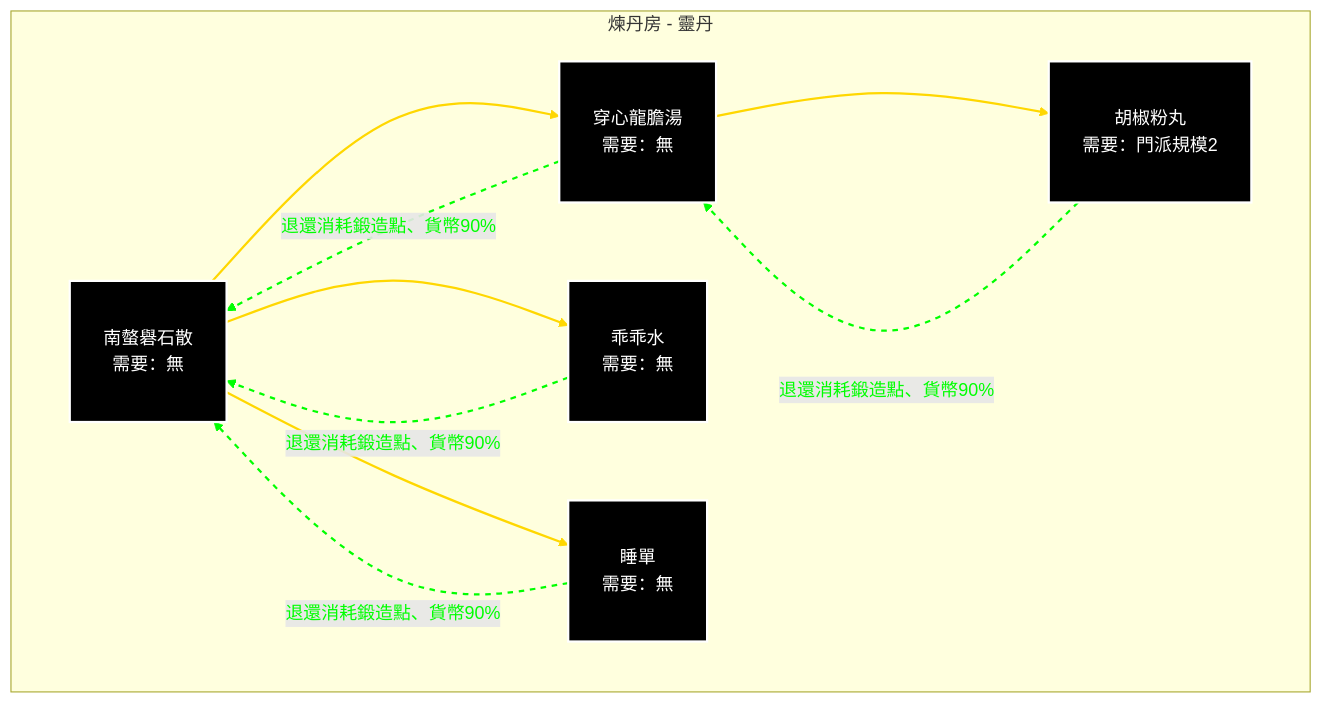
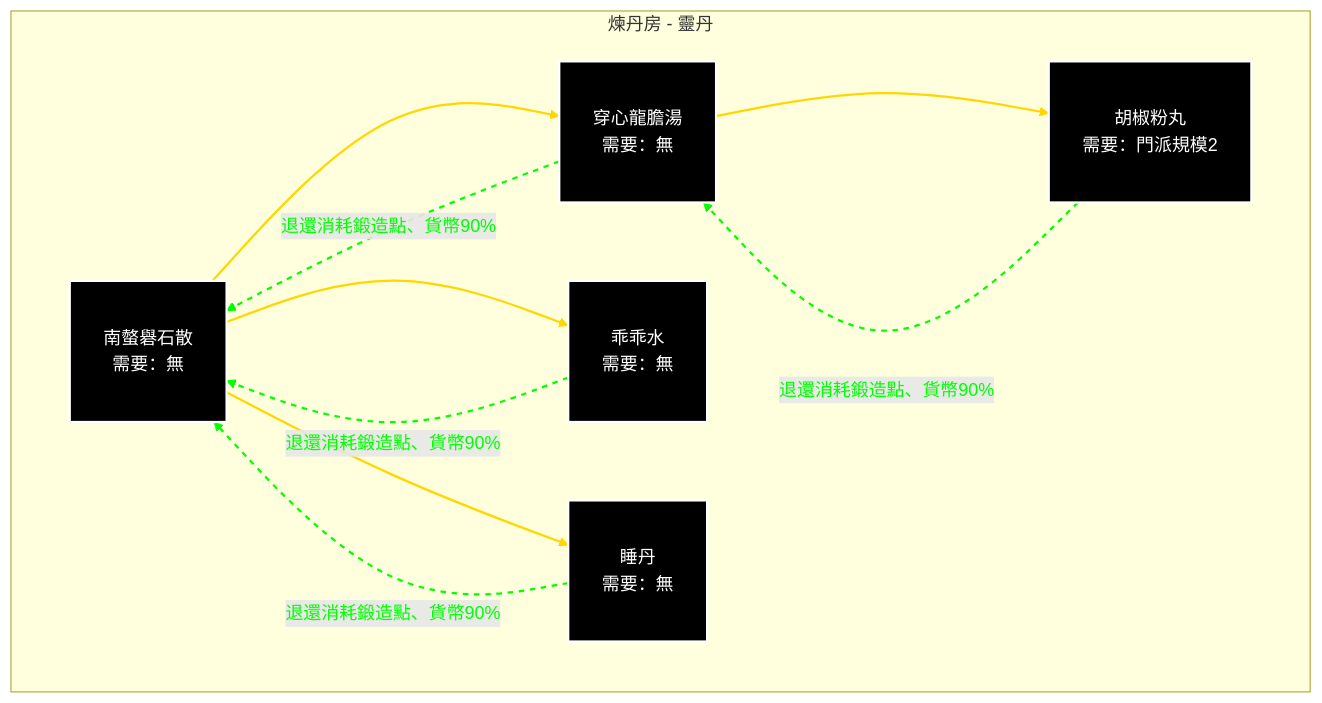
Before and after one commit to Mr-Smilin/LoM-wiki: the seventh of 7 diagrams in docs/system/forge-roadmap.md, drawn with Mermaid.

Commit message:
1. fix wrong word

````diff
--- a/docs/system/forge-roadmap.md
+++ b/docs/system/forge-roadmap.md
@@ -308,44 +308,44 @@
 ```mermaid
 %%{init: {
   'flowchart': {
     'nodeSpacing': 70,
     'rankSpacing': 80,
     'theme': 'dark'
   }
 } }%%
 graph TB
   subgraph 煉丹房 - 靈丹
     A[南螫礜石散<br>需要：無]
     B[穿心龍膽湯<br>需要：無]
     C[乖乖水<br>需要：無]
     D[胡椒粉丸<br>需要：門派規模2]
-    E[睡單<br>需要：無]
+    E[睡丹<br>需要：無]
   end
 
   A --> B
   A --> C
   B --> D
   A --> E
 
   B -.->|<font color='#00FF00'>退還消耗鍛造點、貨幣90%</font>| A
   C -.->|<font color='#00FF00'>退還消耗鍛造點、貨幣90%</font>| A
   D -.->|<font color='#00FF00'>退還消耗鍛造點、貨幣90%</font>| B
   E -.->|<font color='#00FF00'>退還消耗鍛造點、貨幣90%</font>| A
 
   linkStyle 0 stroke:#FFD700,stroke-width:2px
   linkStyle 1 stroke:#FFD700,stroke-width:2px
   linkStyle 2 stroke:#FFD700,stroke-width:2px
   linkStyle 3 stroke:#FFD700,stroke-width:2px
   linkStyle 4 stroke:#00FF00,stroke-width:2px,stroke-dasharray:5,5
   linkStyle 5 stroke:#00FF00,stroke-width:2px,stroke-dasharray:5,5
   linkStyle 6 stroke:#00FF00,stroke-width:2px,stroke-dasharray:5,5
   linkStyle 7 stroke:#00FF00,stroke-width:2px,stroke-dasharray:5,5
 
   classDef default padding:15px,margin:10px,fill:#000,color:#FFF
   style A stroke:#FFF,stroke-width:2px,padding:15px,margin:10px,fill:#000,color:#FFF
   style B stroke:#FFF,stroke-width:2px,padding:15px,margin:10px,fill:#000,color:#FFF
   style C stroke:#FFF,stroke-width:2px,padding:15px,margin:10px,fill:#000,color:#FFF
   style D stroke:#FFF,stroke-width:2px,padding:15px,margin:10px,fill:#000,color:#FFF
   style E stroke:#FFF,stroke-width:2px,padding:15px,margin:10px,fill:#000,color:#FFF
 
 ```
````
